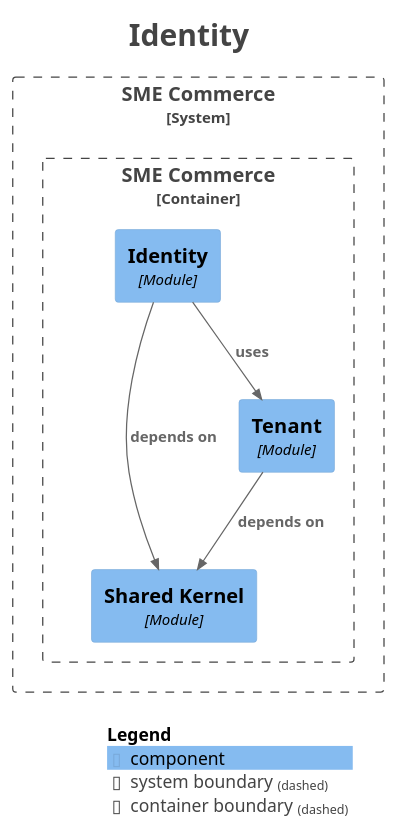
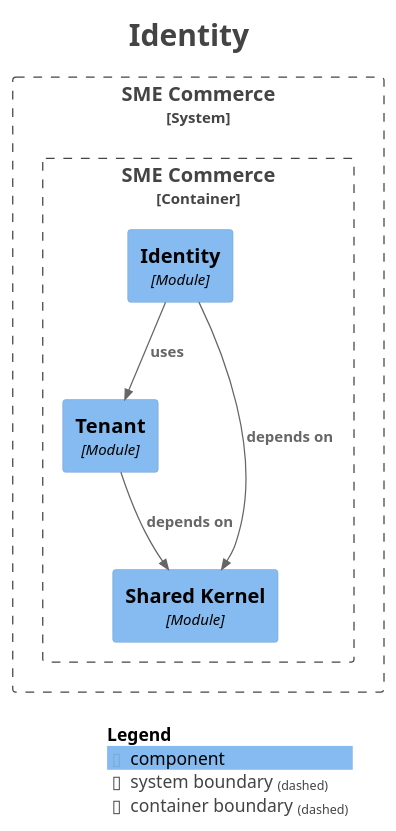
Before and after one commit to hezronokwach/sme-commerce-platform: the diagram in docs/modules/module-identity.puml, drawn with PlantUML. The commit also changed other lines of this file and 14 other files, not shown here.

```diff
--- a/docs/modules/module-identity.puml
+++ b/docs/modules/module-identity.puml
@@ -1,33 +1,33 @@
 @startuml
 title <size:24>Identity</size>
 
 set separator none
 top to bottom direction
 
 <style>
   root {
     BackgroundColor: #ffffff
     FontColor: #444444
   }
 </style>
 
 !include <C4/C4>
 !include <C4/C4_Context>
 !include <C4/C4_Component>
 
 System_Boundary("SMECommerce_boundary", "SME Commerce", $tags="") {
   Container_Boundary("SMECommerce.SMECommerce_boundary", "SME Commerce", $tags="") {
-    Component(SMECommerce.SMECommerce.SharedKernel, "Shared Kernel", $techn="Module", $descr="", $tags="", $link="")
     Component(SMECommerce.SMECommerce.Tenant, "Tenant", $techn="Module", $descr="", $tags="", $link="")
     Component(SMECommerce.SMECommerce.Identity, "Identity", $techn="Module", $descr="", $tags="", $link="")
+    Component(SMECommerce.SMECommerce.SharedKernel, "Shared Kernel", $techn="Module", $descr="", $tags="", $link="")
   }
 
 }
 
 Rel(SMECommerce.SMECommerce.Tenant, SMECommerce.SMECommerce.SharedKernel, "depends on", $techn="", $tags="", $link="")
 Rel(SMECommerce.SMECommerce.Identity, SMECommerce.SMECommerce.SharedKernel, "depends on", $techn="", $tags="", $link="")
 Rel(SMECommerce.SMECommerce.Identity, SMECommerce.SMECommerce.Tenant, "uses", $techn="", $tags="", $link="")
 
 SHOW_LEGEND(true)
 hide stereotypes
 @enduml
```
